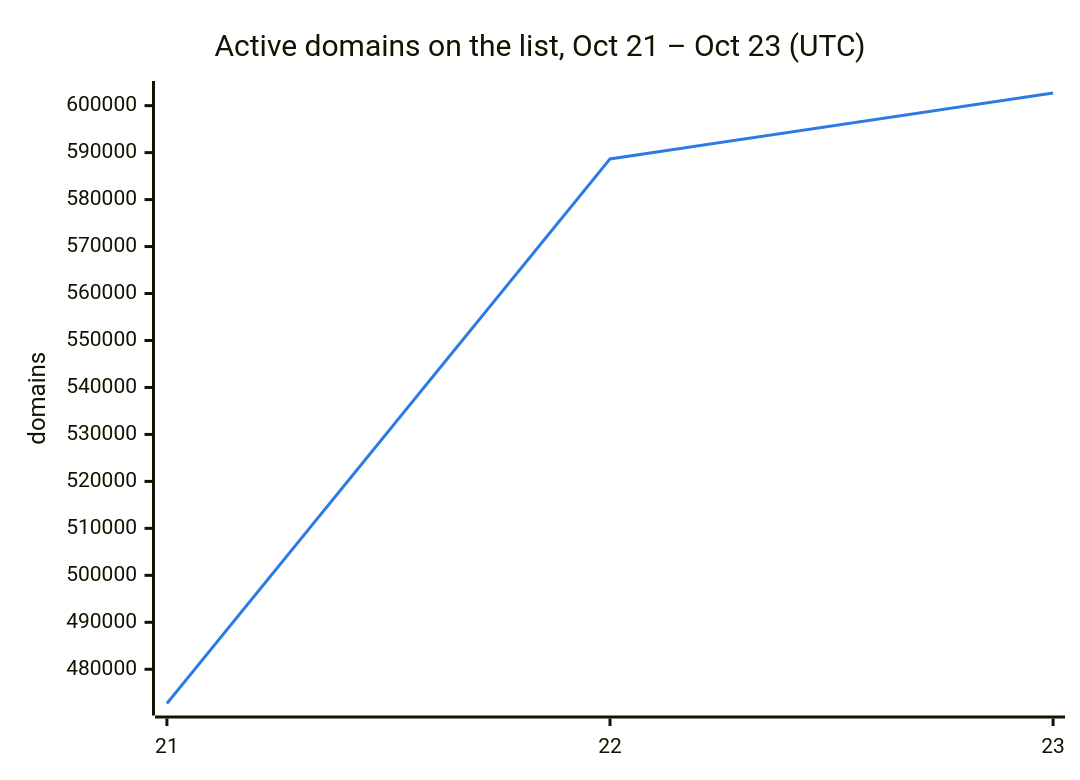
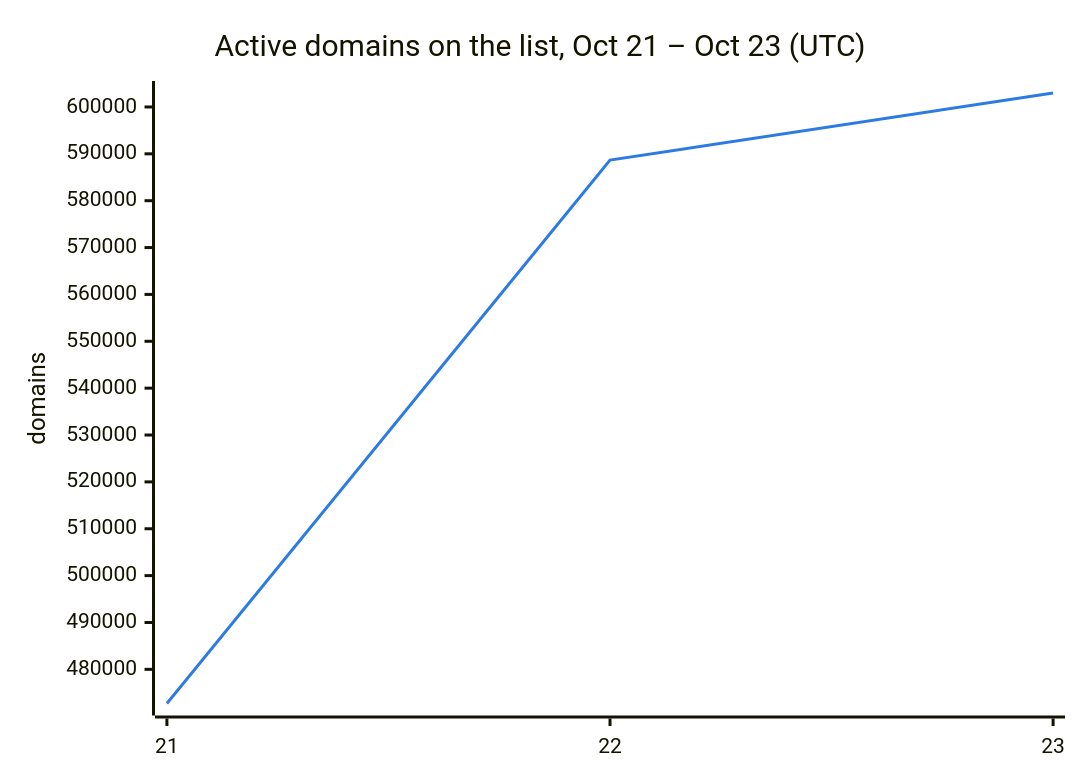
The second of 3 diagrams in README.md (DNSBunker/CTI), drawn with Mermaid before and after one commit. The commit also changed other lines of this file and 3 other files, not shown here.

````diff
--- a/README.md
+++ b/README.md
@@ -38,8 +38,8 @@
 ```mermaid
 %%{init: {"themeVariables": {"xyChart": {"plotColorPalette": "#2c7be5"}}}}%%
 xychart-beta
     title "Active domains on the list, Oct 21 – Oct 23 (UTC)"
     x-axis ["21", "22", "23"]
     y-axis "domains"
-    line [472713, 588659, 602695]
+    line [472713, 588659, 602980]
 ```
````
